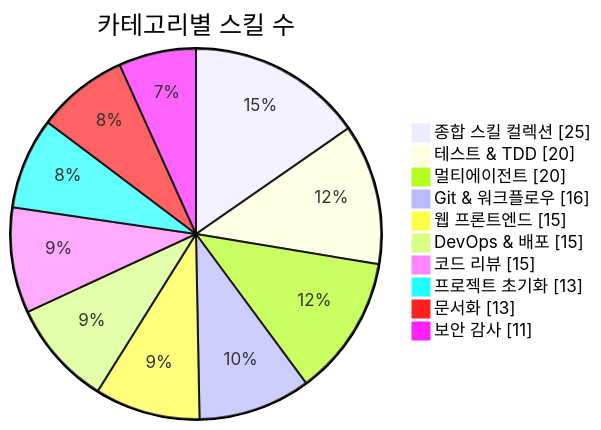
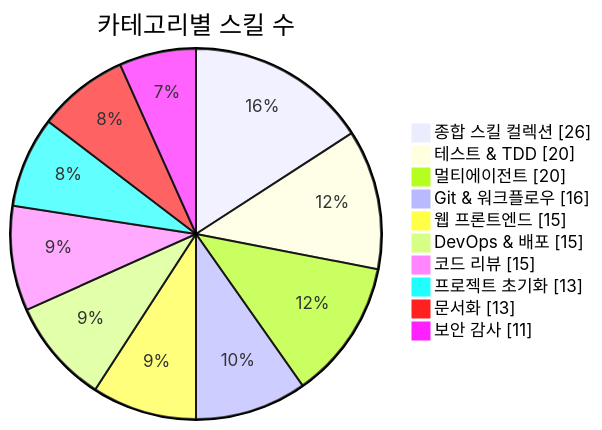
Before and after one commit to J-nowcow/awesome-korean-agent-skills: the first of 3 diagrams in README.md, drawn with Mermaid. The commit also changed other lines of this file and 3 other files, not shown here.

````diff
--- a/README.md
+++ b/README.md
@@ -176,14 +176,14 @@
 ```mermaid
 pie showData
     title 카테고리별 스킬 수
-    "종합 스킬 컬렉션" : 25
+    "종합 스킬 컬렉션" : 26
     "테스트 & TDD" : 20
     "멀티에이전트" : 20
     "Git & 워크플로우" : 16
     "웹 프론트엔드" : 15
     "DevOps & 배포" : 15
     "코드 리뷰" : 15
     "프로젝트 초기화" : 13
     "문서화" : 13
     "보안 감사" : 11
 ```
````
